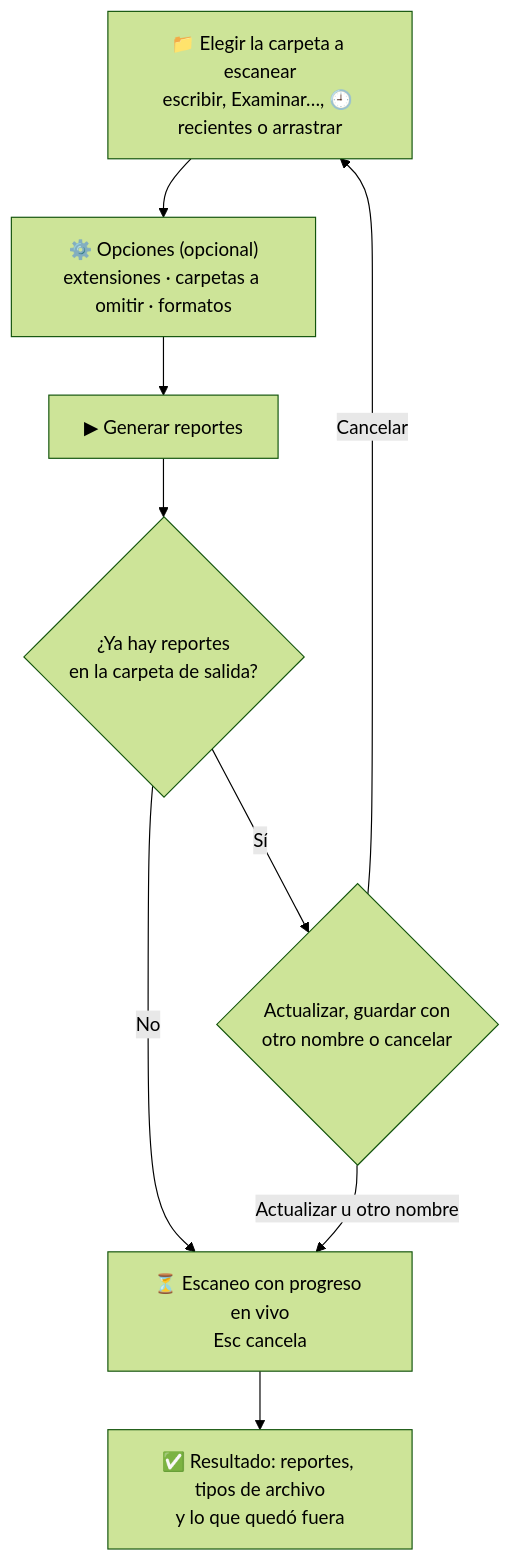
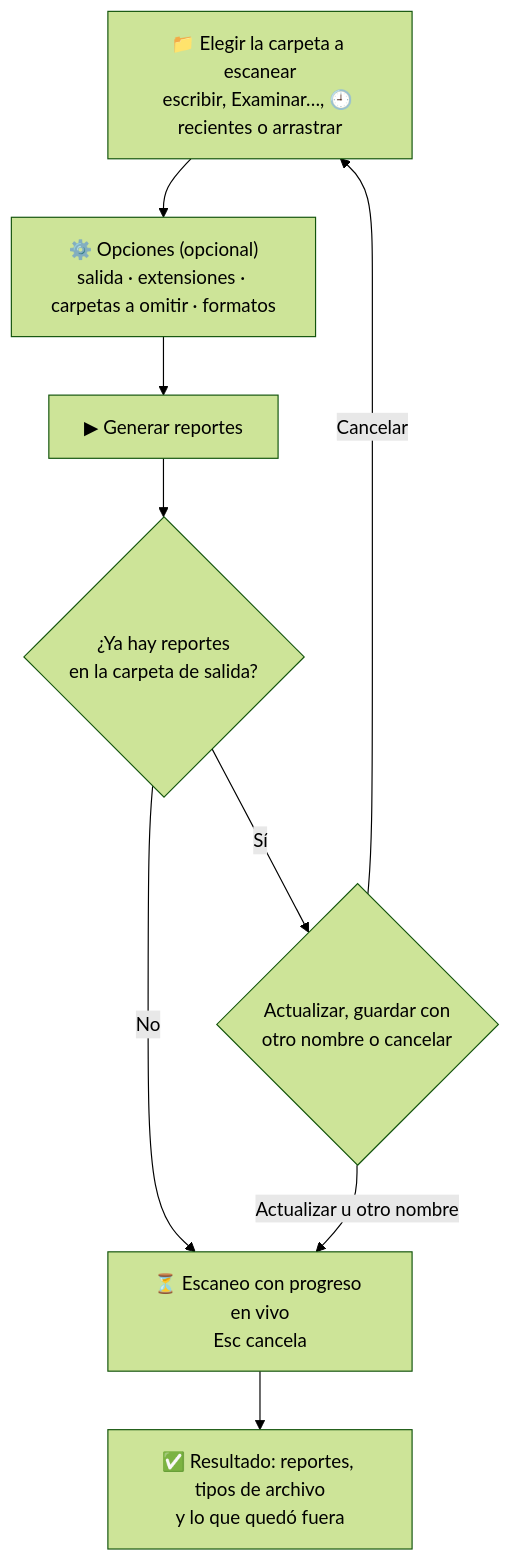
Before and after one commit to dbarretol/file-reporter: the first of 3 diagrams in README.md, drawn with Mermaid (forest theme). The commit also changed other lines of this file and 3 other files, not shown here.

````diff
--- a/README.md
+++ b/README.md
@@ -154,11 +154,11 @@
 ```mermaid
 flowchart TD
-    A["📁 Elegir la carpeta a escanear<br/>escribir, Examinar…, 🕘 recientes o arrastrar"] --> B["⚙️ Opciones (opcional)<br/>extensiones · carpetas a omitir · formatos"]
+    A["📁 Elegir la carpeta a escanear<br/>escribir, Examinar…, 🕘 recientes o arrastrar"] --> B["⚙️ Opciones (opcional)<br/>salida · extensiones · carpetas a omitir · formatos"]
     B --> C["▶ Generar reportes"]
     C --> D{"¿Ya hay reportes<br/>en la carpeta de salida?"}
     D -- "No" --> E["⏳ Escaneo con progreso en vivo<br/>Esc cancela"]
     D -- "Sí" --> F{"Actualizar, guardar con<br/>otro nombre o cancelar"}
     F -- "Actualizar u otro nombre" --> E
     F -- "Cancelar" --> A
     E --> G["✅ Resultado: reportes, tipos de archivo<br/>y lo que quedó fuera"]
 ```
````
